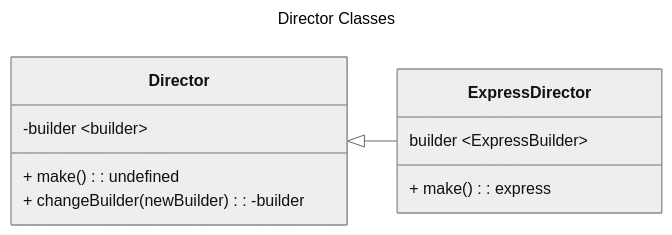
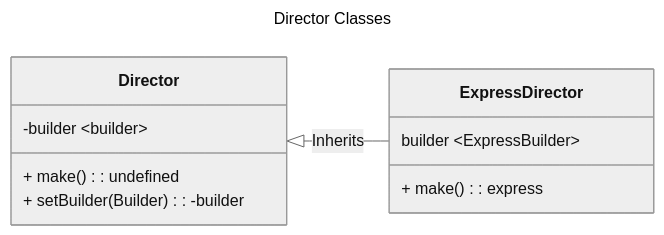
The third of 3 diagrams in docs/application.md (Cris-Mur/BasicAPI), drawn with Mermaid (neutral theme) before and after one commit. The commit also changed other lines of this file and 1 other file, not shown here.

````diff
--- a/docs/application.md
+++ b/docs/application.md
@@ -97,19 +105,19 @@
 ```mermaid
 ---
 title: Director Classes
 ---
 classDiagram
     direction RL
 
     class Director {
         -builder ~builder~
         + make(): undefined
-        + changeBuilder(newBuilder): -builder
+        + setBuilder(Builder): -builder
     }
 
     class ExpressDirector {
         builder ~ExpressBuilder~
         + make(): express
     }
-    ExpressDirector --|> Director
+    ExpressDirector --|> Director : Inherits
 ```
````
